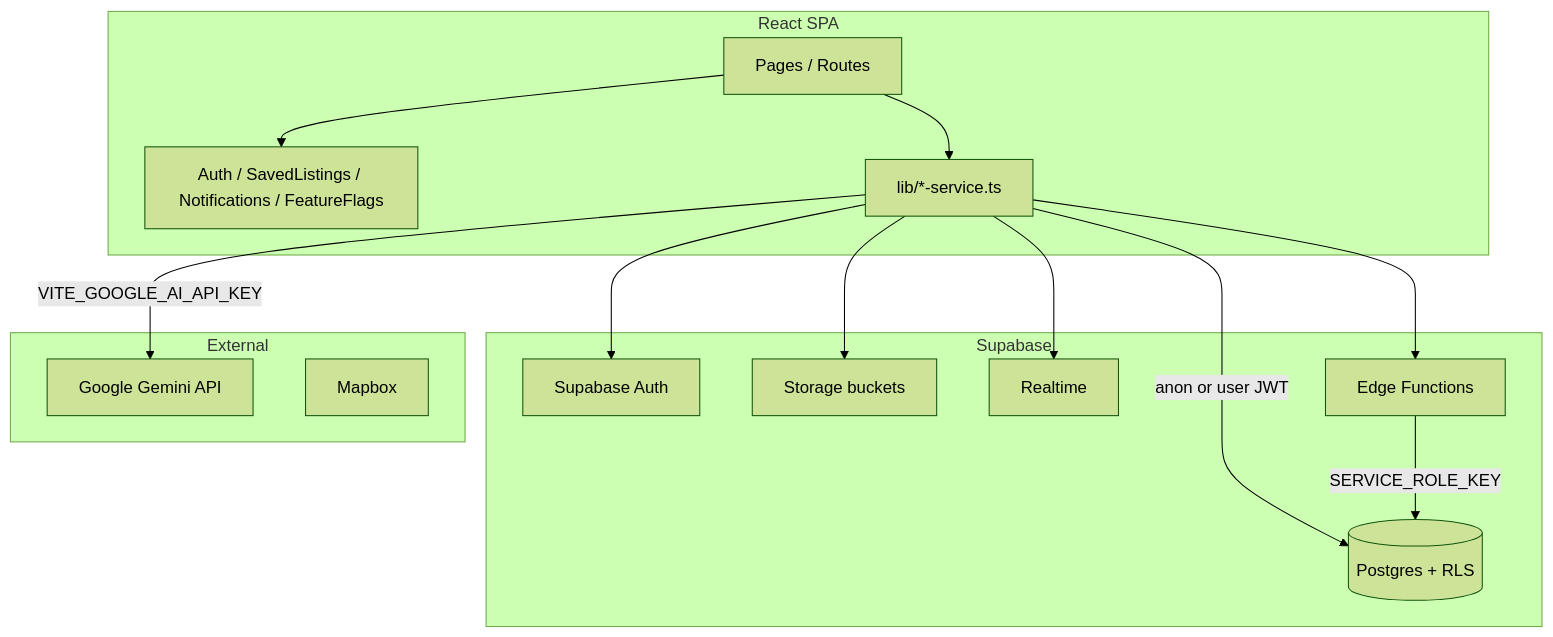
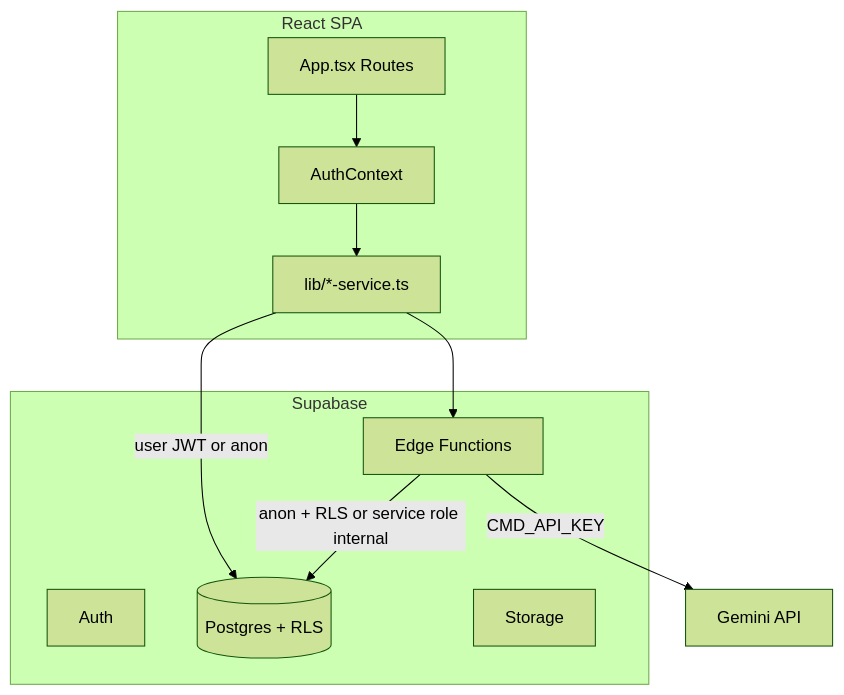
One commit to akkash/bizsearch-new changed the diagram in docs/application-readiness-audit.md. Above: the diagram before and after it, drawn with Mermaid (forest theme). The commit also changed other lines of this file and 35 other files, not shown here.

````diff
--- a/docs/application-readiness-audit.md
+++ b/docs/application-readiness-audit.md
@@ -78,31 +93,21 @@
 ```mermaid
 flowchart TB
   subgraph client [React SPA]
-    Pages[Pages / Routes]
-    Contexts[Auth / SavedListings / Notifications / FeatureFlags]
+    Routes[App.tsx Routes]
+    AuthCtx[AuthContext]
     Services[lib/*-service.ts]
   end
 
   subgraph supabase [Supabase]
-    Auth[Supabase Auth]
+    Auth[Auth]
     DB[(Postgres + RLS)]
-    Storage[Storage buckets]
-    RT[Realtime]
     EF[Edge Functions]
+    Storage[Storage]
   end
 
-  subgraph external [External]
-    Gemini[Google Gemini API]
-    Mapbox[Mapbox]
-  end
-
-  Pages --> Contexts
-  Pages --> Services
-  Services -->|anon or user JWT| DB
-  Services --> Auth
-  Services --> Storage
-  Services --> RT
+  Routes --> AuthCtx --> Services
+  Services -->|user JWT or anon| DB
   Services --> EF
-  Services -->|VITE_GOOGLE_AI_API_KEY| Gemini
-  EF -->|SERVICE_ROLE_KEY| DB
+  EF -->|anon + RLS or service role internal| DB
+  EF -->|CMD_API_KEY| Gemini[Gemini API]
 ```
````
